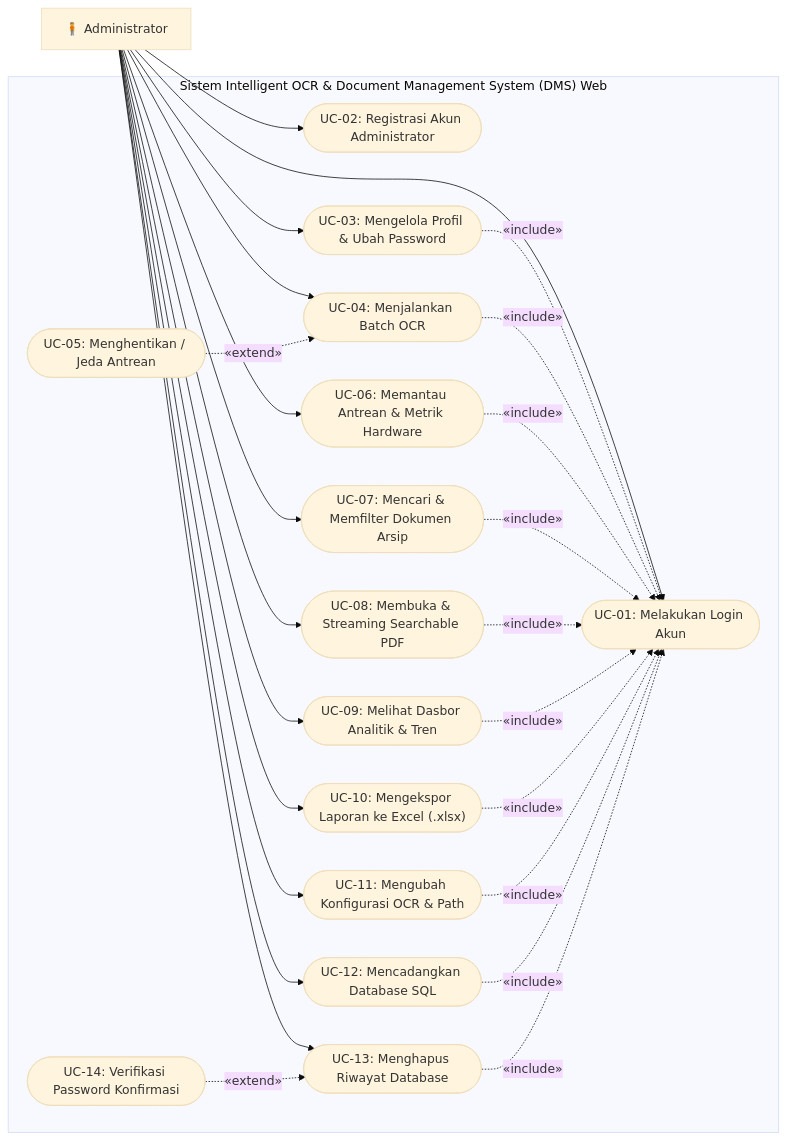
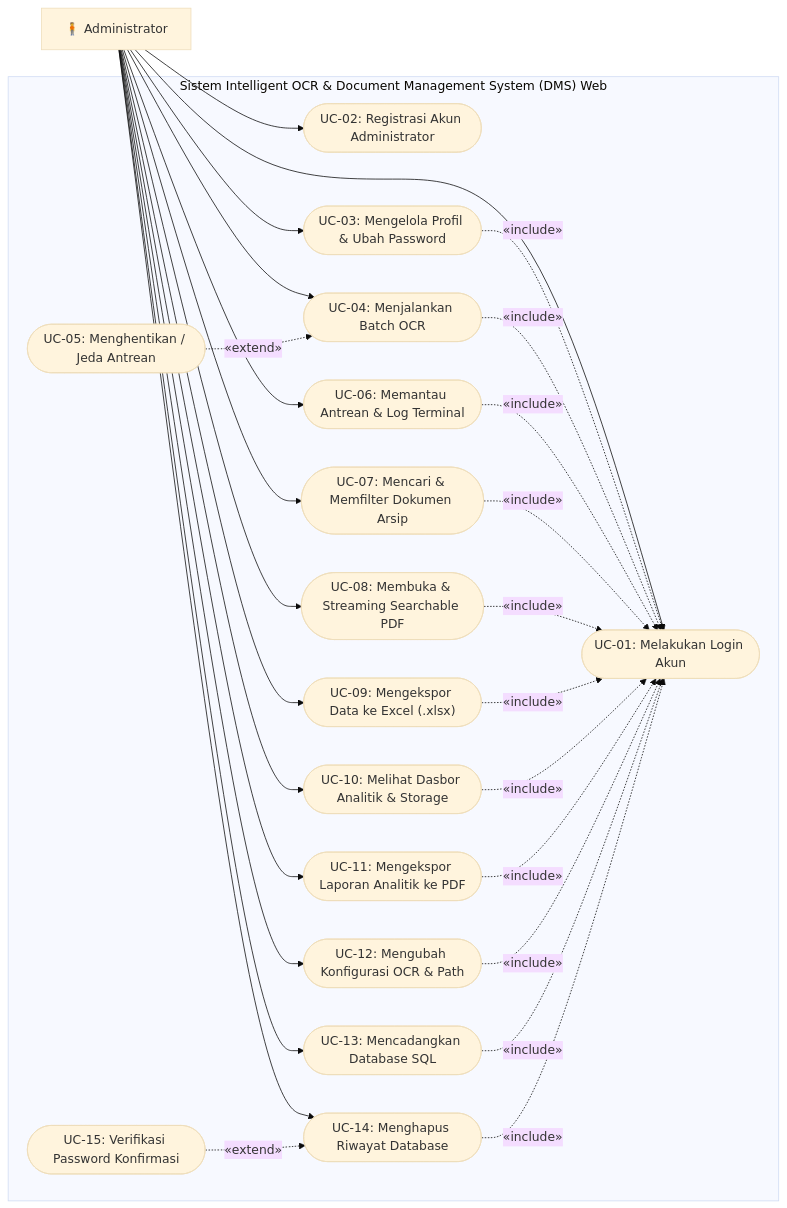
Before and after one commit to bagusdps257/kerja_praktik: the diagram in docs/SRS_DOCUMENT.md, drawn with Mermaid (base theme). The commit also changed other lines of this file, not shown here.

Commit message:
docs: finalize audit-compliant SRS with exact Excel and PDF export specifications

````diff
--- a/docs/SRS_DOCUMENT.md
+++ b/docs/SRS_DOCUMENT.md
@@ -392,59 +408,62 @@
 ```mermaid
 flowchart LR
     %% Definisi Aktor Tunggal
     Admin["🧍 Administrator"]
 
     %% Batas Sistem (System Boundary)
     subgraph SystemBoundary ["Sistem Intelligent OCR & Document Management System (DMS) Web"]
         
         %% Kumpulan Use Case
         UC_Login(["UC-01: Melakukan Login Akun"])
         UC_Register(["UC-02: Registrasi Akun Administrator"])
         UC_Profile(["UC-03: Mengelola Profil & Ubah Password"])
         
         UC_StartOCR(["UC-04: Menjalankan Batch OCR"])
         UC_StopOCR(["UC-05: Menghentikan / Jeda Antrean"])
         
-        UC_Monitor(["UC-06: Memantau Antrean & Metrik Hardware"])
+        UC_Monitor(["UC-06: Memantau Antrean & Log Terminal"])
         UC_Documents(["UC-07: Mencari & Memfilter Dokumen Arsip"])
         UC_ViewPDF(["UC-08: Membuka & Streaming Searchable PDF"])
+        UC_ExportExcel(["UC-09: Mengekspor Data ke Excel (.xlsx)"])
         
-        UC_Analytics(["UC-09: Melihat Dasbor Analitik & Tren"])
-        UC_ExportExcel(["UC-10: Mengekspor Laporan ke Excel (.xlsx)"])
+        UC_Analytics(["UC-10: Melihat Dasbor Analitik & Storage"])
+        UC_ExportPDF(["UC-11: Mengekspor Laporan Analitik ke PDF"])
         
-        UC_Settings(["UC-11: Mengubah Konfigurasi OCR & Path"])
-        UC_BackupDB(["UC-12: Mencadangkan Database SQL"])
-        UC_ResetDB(["UC-13: Menghapus Riwayat Database"])
-        UC_VerifyPass(["UC-14: Verifikasi Password Konfirmasi"])
+        UC_Settings(["UC-12: Mengubah Konfigurasi OCR & Path"])
+        UC_BackupDB(["UC-13: Mencadangkan Database SQL"])
+        UC_ResetDB(["UC-14: Menghapus Riwayat Database"])
+        UC_VerifyPass(["UC-15: Verifikasi Password Konfirmasi"])
     end
 
     %% Hubungan Asosiasi Administrator ke Seluruh Use Case Utama
     Admin --> UC_Login
     Admin --> UC_Register
     Admin --> UC_Profile
     Admin --> UC_StartOCR
     Admin --> UC_Monitor
     Admin --> UC_Documents
     Admin --> UC_ViewPDF
+    Admin --> UC_ExportExcel
     Admin --> UC_Analytics
-    Admin --> UC_ExportExcel
+    Admin --> UC_ExportPDF
     Admin --> UC_Settings
     Admin --> UC_BackupDB
     Admin --> UC_ResetDB
 
     %% Relasi Include (Keharusan Login Terlebih Dahulu)
     UC_Profile -.->|«include»| UC_Login
     UC_StartOCR -.->|«include»| UC_Login
     UC_Monitor -.->|«include»| UC_Login
     UC_Documents -.->|«include»| UC_Login
     UC_ViewPDF -.->|«include»| UC_Login
+    UC_ExportExcel -.->|«include»| UC_Login
     UC_Analytics -.->|«include»| UC_Login
-    UC_ExportExcel -.->|«include»| UC_Login
+    UC_ExportPDF -.->|«include»| UC_Login
     UC_Settings -.->|«include»| UC_Login
     UC_BackupDB -.->|«include»| UC_Login
     UC_ResetDB -.->|«include»| UC_Login
 
     %% Relasi Extend (Perluasan Bersyarat)
     UC_StopOCR -.->|«extend»| UC_StartOCR
     UC_VerifyPass -.->|«extend»| UC_ResetDB
 ```
````
